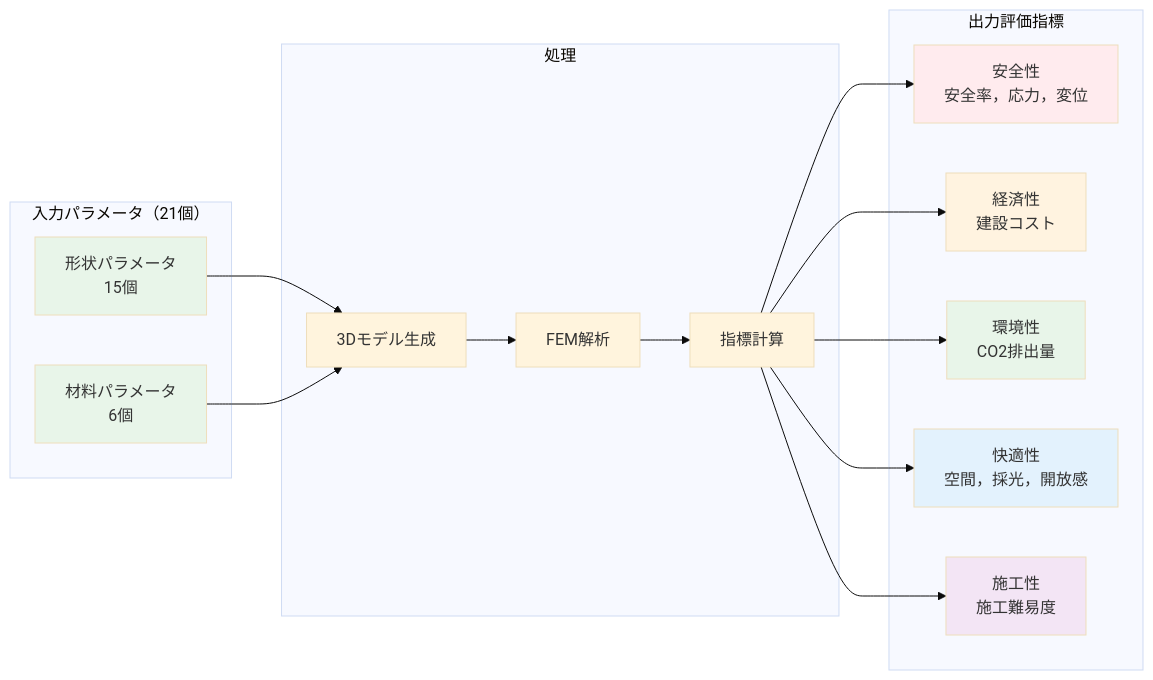
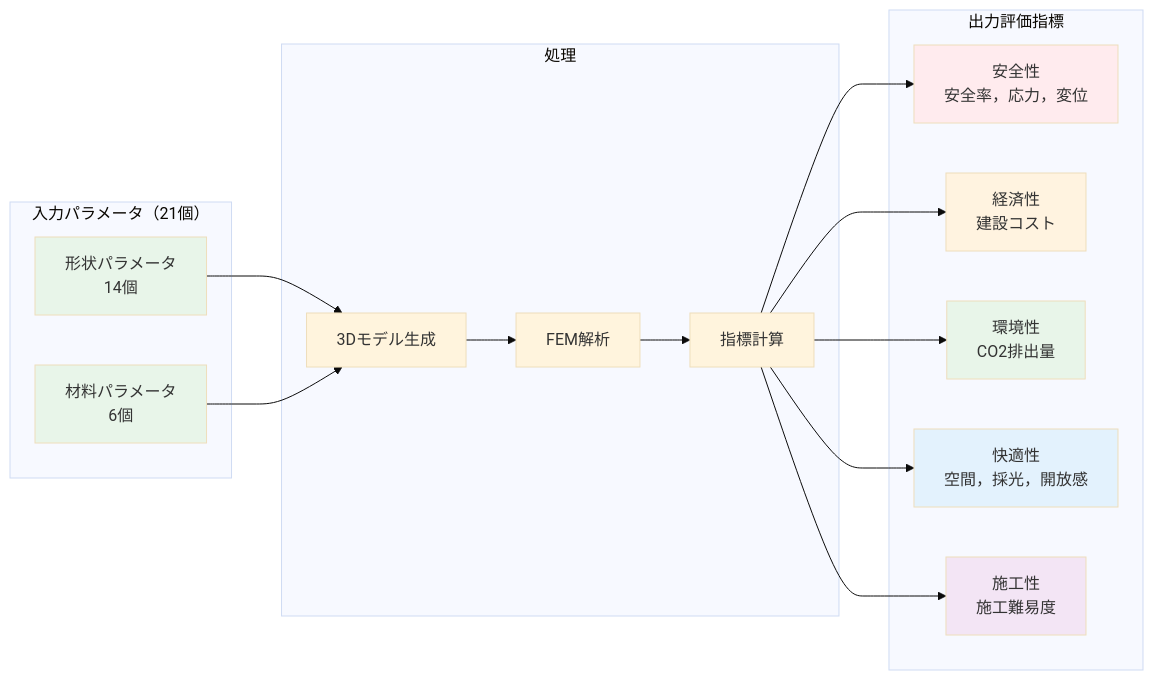
One commit to jkushida/ai-arch changed the fourth of 4 diagrams in test_generate_building_usage.md. Above: the diagram before and after it, drawn with Mermaid (base theme). The commit also changed other lines of this file and 11 other files, not shown here.

````diff
--- a/test_generate_building_usage.md
+++ b/test_generate_building_usage.md
@@ -240,39 +240,39 @@
 ```mermaid
 graph LR
     subgraph "入力パラメータ（21個）"
-        P1[形状パラメータ\n15個]
+        P1[形状パラメータ\n14個]
         P2[材料パラメータ\n6個]
     end
     
     subgraph "処理"
         M1[3Dモデル生成]
         M2[FEM解析]
         M3[指標計算]
     end
     
     subgraph "出力評価指標"
         R1[安全性\n安全率，応力，変位]
         R2[経済性\n建設コスト]
         R3[環境性\nCO2排出量]
         R4[快適性\n空間，採光，開放感]
         R5[施工性\n施工難易度]
     end
     
     P1 --> M1
     P2 --> M1
     M1 --> M2
     M2 --> M3
     M3 --> R1
     M3 --> R2
     M3 --> R3
     M3 --> R4
     M3 --> R5
     
     style P1 fill:#e8f5e9
     style P2 fill:#e8f5e9
     style R1 fill:#ffebee
     style R2 fill:#fff3e0
     style R3 fill:#e8f5e9
     style R4 fill:#e3f2fd
     style R5 fill:#f3e5f5
 ```
````
